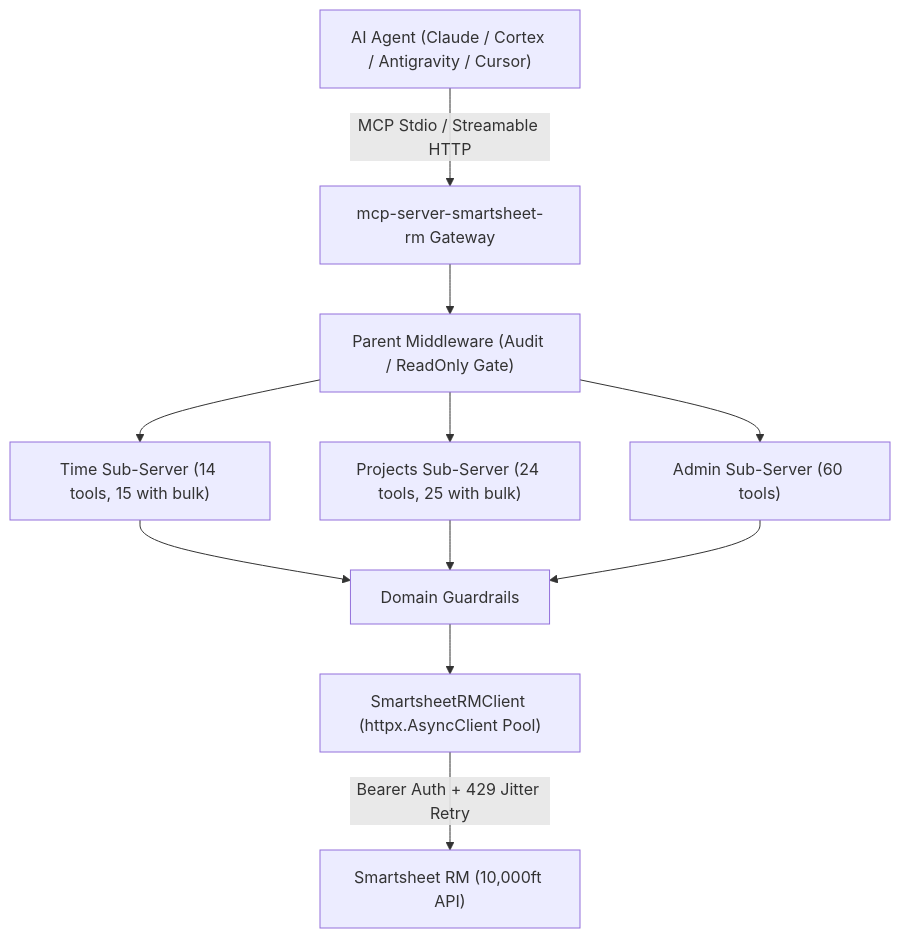
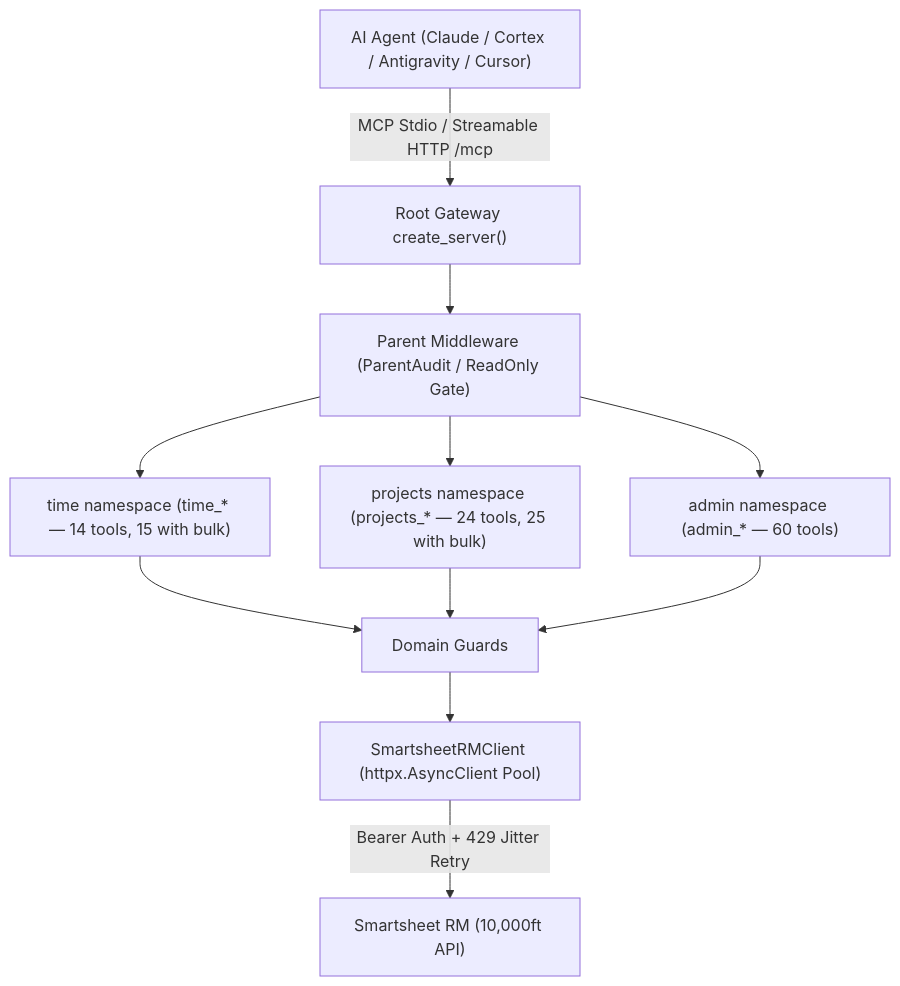
Before and after one commit to christianclaudio/mcp-server-smartsheet-rm: the diagram in README.md, drawn with Mermaid. The commit also changed other lines of this file and 1 other file, not shown here.

````diff
--- a/README.md
+++ b/README.md
@@ -18,13 +18,13 @@
 ```mermaid
 graph TD
-    Client["AI Agent (Claude / Cortex / Antigravity / Cursor)"] -->|"MCP Stdio / Streamable HTTP"| Server["mcp-server-smartsheet-rm Gateway"]
-    Server --> Middle["Parent Middleware (Audit / ReadOnly Gate)"]
-    Middle --> SubTime["Time Sub-Server (14 tools, 15 with bulk)"]
-    Middle --> SubProj["Projects Sub-Server (24 tools, 25 with bulk)"]
-    Middle --> SubAdmin["Admin Sub-Server (60 tools)"]
-    SubTime --> Guards["Domain Guardrails"]
+    Client["AI Agent (Claude / Cortex / Antigravity / Cursor)"] -->|"MCP Stdio / Streamable HTTP /mcp"| Server["Root Gateway create_server()"]
+    Server --> Middle["Parent Middleware (ParentAudit / ReadOnly Gate)"]
+    Middle --> SubTime["time namespace (time_* — 14 tools, 15 with bulk)"]
+    Middle --> SubProj["projects namespace (projects_* — 24 tools, 25 with bulk)"]
+    Middle --> SubAdmin["admin namespace (admin_* — 60 tools)"]
+    SubTime --> Guards["Domain Guards"]
     SubProj --> Guards
     SubAdmin --> Guards
     Guards --> ClientPool["SmartsheetRMClient (httpx.AsyncClient Pool)"]
     ClientPool -->|"Bearer Auth + 429 Jitter Retry"| API["Smartsheet RM (10,000ft API)"]
 ```
````
